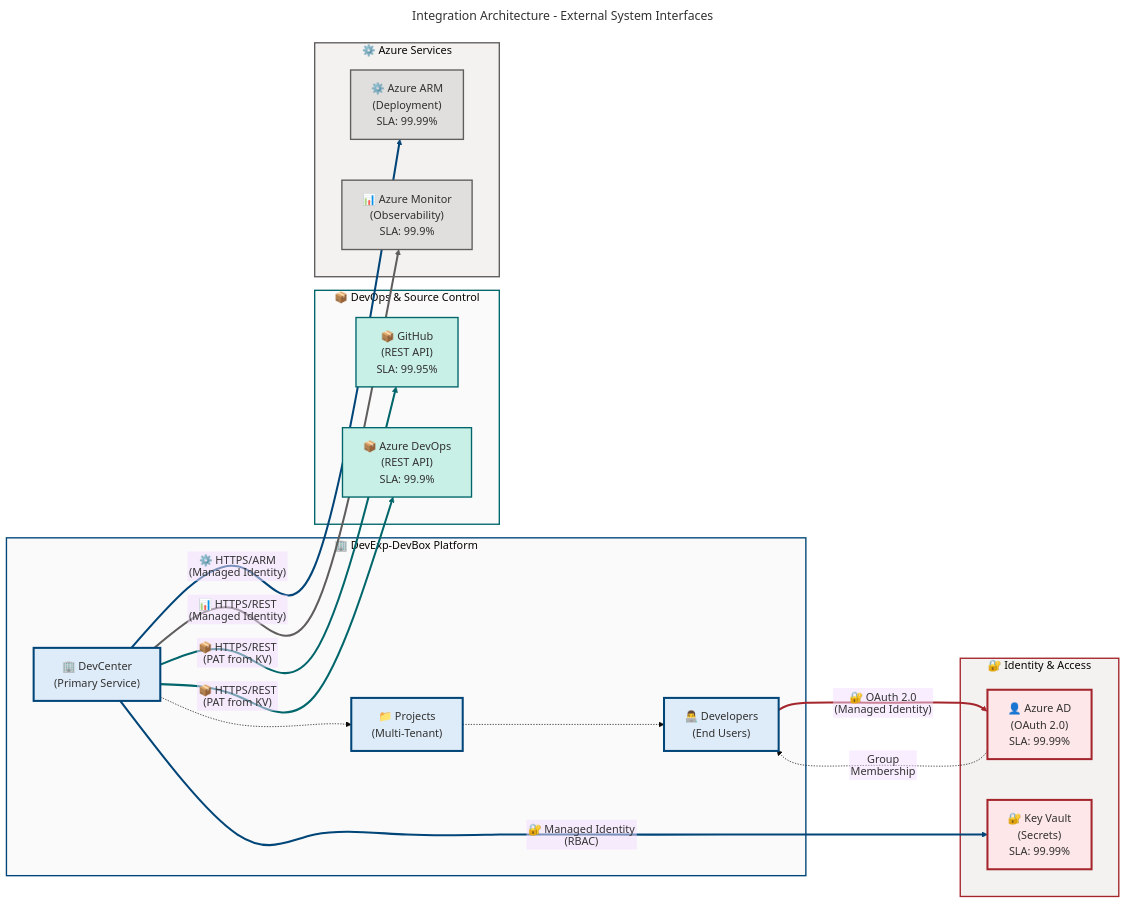
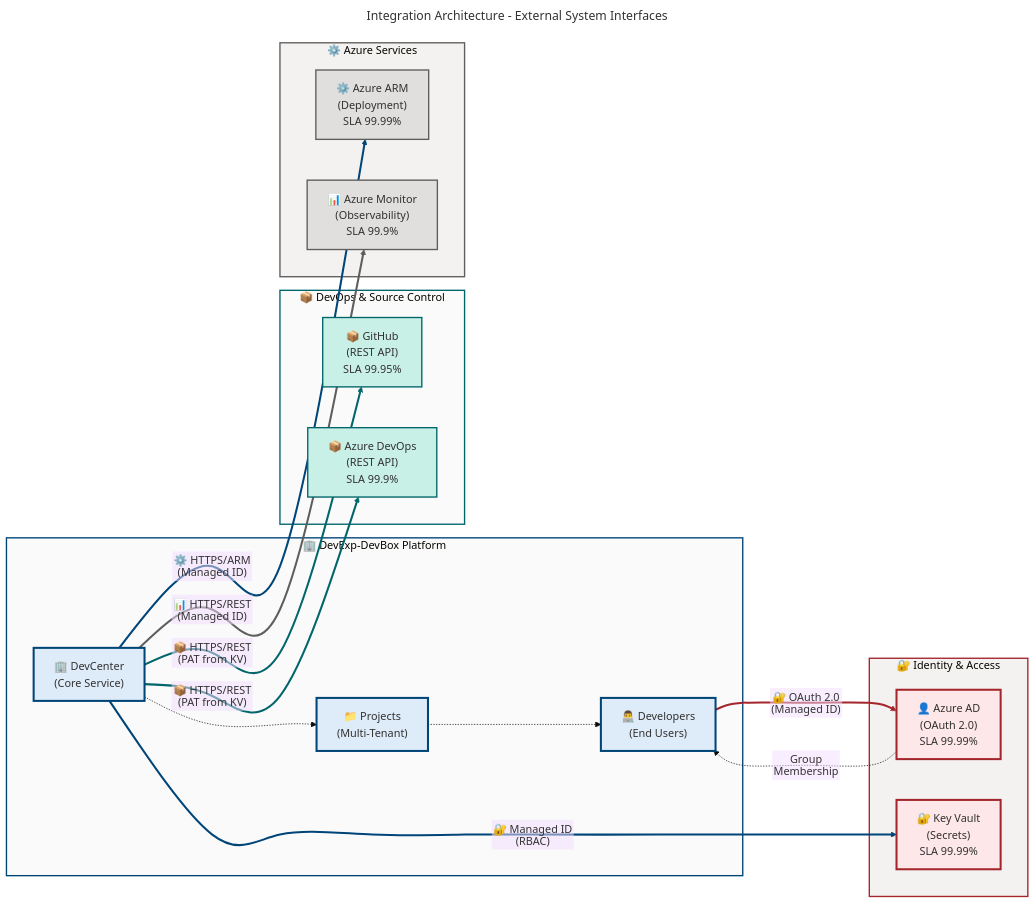
One commit to Evilazaro/DevExp-DevBox changed the fourth of 4 diagrams in docs/architecture/Business-Architecture.md. Above: the diagram before and after it, drawn with Mermaid. The commit also changed other lines of this file, not shown here.

Commit message:
fix: update service labels in Business Architecture diagrams for consistency

```diff
--- a/docs/architecture/Business-Architecture.md
+++ b/docs/architecture/Business-Architecture.md
@@ -1034,35 +1034,35 @@
     %% ═══════════════════════════════════════════════════════════════════════════
 
     subgraph CORE["🏢 DevExp-DevBox Platform"]
-        DC["🏢 DevCenter<br/>(Primary Service)"]:::core
+        DC["🏢 DevCenter<br/>(Core Service)"]:::core
         PROJ["📁 Projects<br/>(Multi-Tenant)"]:::core
         DEV["👨‍💻 Developers<br/>(End Users)"]:::core
     end
 
     subgraph IDENTITY["🔐 Identity & Access"]
-        AAD["👤 Azure AD<br/>(OAuth 2.0)<br/>SLA: 99.99%"]:::identity
-        KV["🔐 Key Vault<br/>(Secrets)<br/>SLA: 99.99%"]:::identity
+        AAD["👤 Azure AD<br/>(OAuth 2.0)<br/>SLA 99.99%"]:::identity
+        KV["🔐 Key Vault<br/>(Secrets)<br/>SLA 99.99%"]:::identity
     end
 
     subgraph DEVOPS["📦 DevOps & Source Control"]
-        GH["📦 GitHub<br/>(REST API)<br/>SLA: 99.95%"]:::devops
-        ADO["📦 Azure DevOps<br/>(REST API)<br/>SLA: 99.9%"]:::devops
+        GH["📦 GitHub<br/>(REST API)<br/>SLA 99.95%"]:::devops
+        ADO["📦 Azure DevOps<br/>(REST API)<br/>SLA 99.9%"]:::devops
     end
 
     subgraph AZURE["⚙️ Azure Services"]
-        ARM["⚙️ Azure ARM<br/>(Deployment)<br/>SLA: 99.99%"]:::azure
-        MON["📊 Azure Monitor<br/>(Observability)<br/>SLA: 99.9%"]:::azure
+        ARM["⚙️ Azure ARM<br/>(Deployment)<br/>SLA 99.99%"]:::azure
+        MON["📊 Azure Monitor<br/>(Observability)<br/>SLA 99.9%"]:::azure
     end
 
 %% Authentication flows (emphasized solid lines)
-    DEV e10@==>|"🔐 OAuth 2.0<br/>(Managed Identity)"| AAD
-    DC e11@==>|"🔐 Managed Identity<br/>(RBAC)"| KV
+    DEV e10@==>|"🔐 OAuth 2.0<br/>(Managed ID)"| AAD
+    DC e11@==>|"🔐 Managed ID<br/>(RBAC)"| KV
 
     %% Integration flows (emphasized solid lines)
     DC e12@==>|"📦 HTTPS/REST<br/>(PAT from KV)"| GH
     DC e13@==>|"📦 HTTPS/REST<br/>(PAT from KV)"| ADO
-    DC e14@==>|"⚙️ HTTPS/ARM<br/>(Managed Identity)"| ARM
-    DC e15@==>|"📊 HTTPS/REST<br/>(Managed Identity)"| MON
+    DC e14@==>|"⚙️ HTTPS/ARM<br/>(Managed ID)"| ARM
+    DC e15@==>|"📊 HTTPS/REST<br/>(Managed ID)"| MON
 
     %% Critical integration edge styling (P3 feature)
     linkStyle 0 stroke:#A4262C,stroke-width:3px
```
